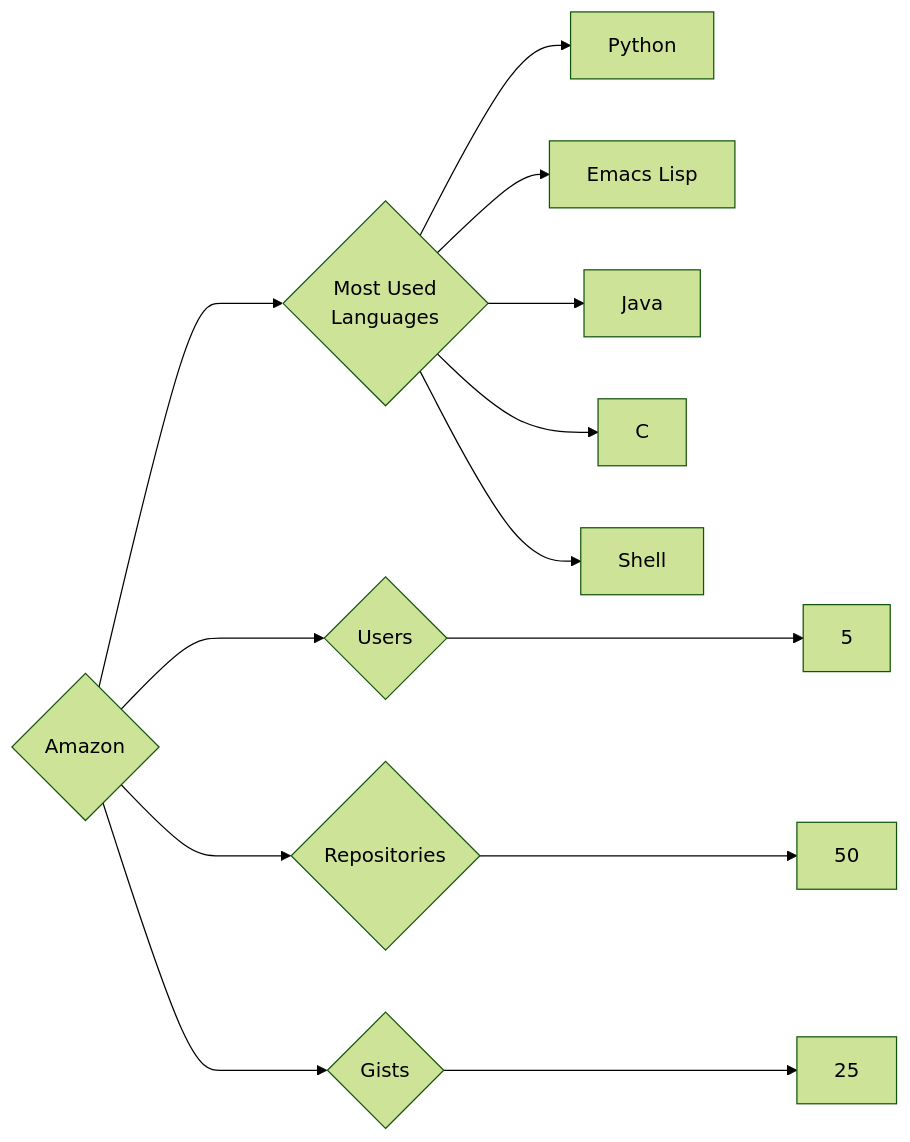
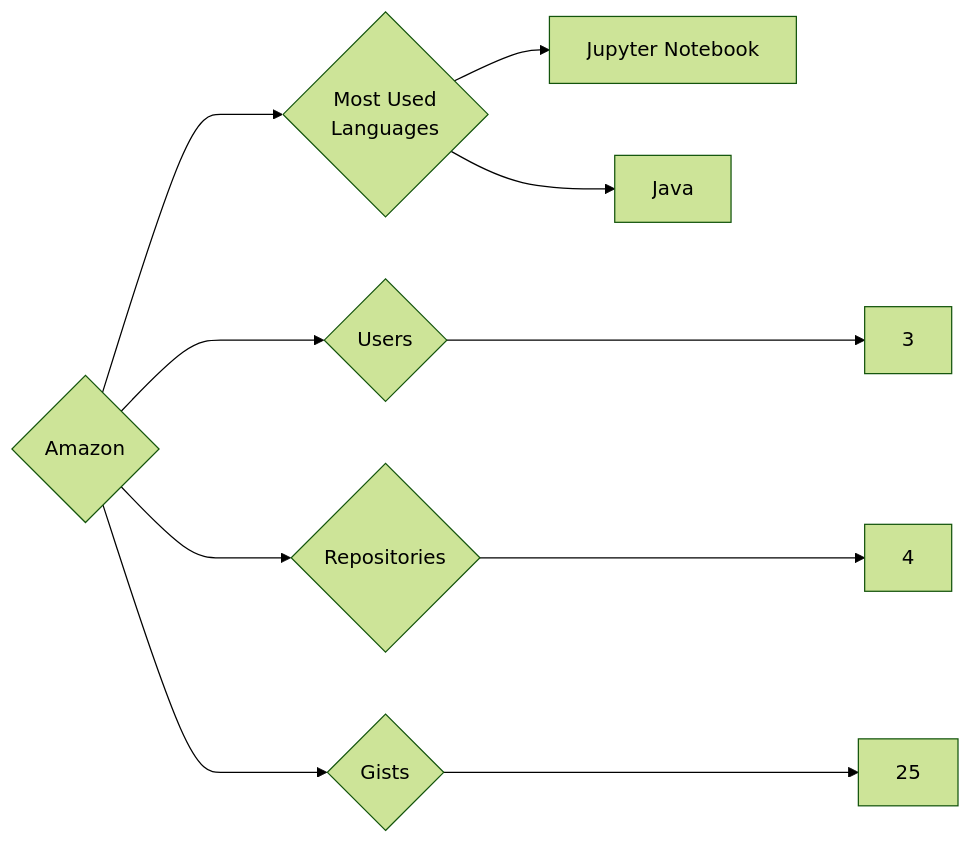
The diagram in targets/Amazon/README.md (trickest/insiders), drawn with Mermaid (forest theme) before and after one commit. The commit also changed 559 other files, not shown here.

````diff
--- a/targets/Amazon/README.md
+++ b/targets/Amazon/README.md
@@ -3,13 +3,10 @@
 ```mermaid
 graph LR
 COMPANY_NAME{Amazon}
-COMPANY_NAME ---> U{Users} ---> UN[5]
-COMPANY_NAME ---> R{Repositories} ---> RN[50]
+COMPANY_NAME ---> U{Users} ---> UN[3]
+COMPANY_NAME ---> R{Repositories} ---> RN[4]
 COMPANY_NAME ---> G{Gists} ---> GN[25]
 COMPANY_NAME ---> ML{Most Used<br>Languages}
-ML --> Python[Python]
-ML --> Emacs_Lisp[Emacs Lisp]
+ML --> Jupyter_Notebook[Jupyter Notebook]
 ML --> Java[Java]
-ML --> C[C]
-ML --> Shell[Shell]
 ```
````
